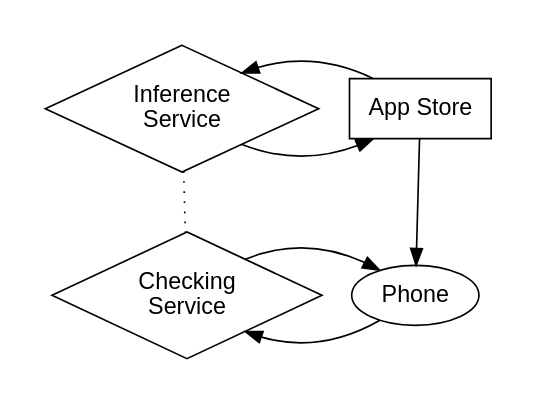
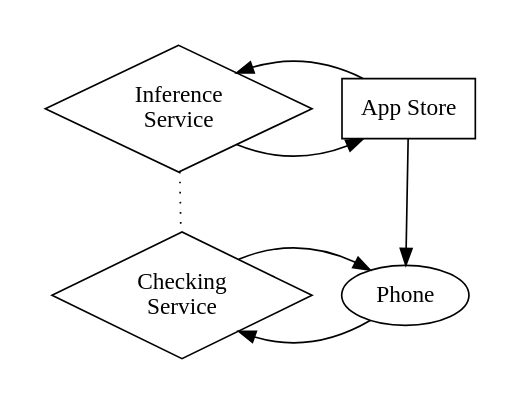
The diagram in img/digitalevidence.dot (bogwonch/first-year-report), drawn with Graphviz before and after one commit. The commit also changed 21 other files, not shown here.

```diff
--- a/img/digitalevidence.dot
+++ b/img/digitalevidence.dot
@@ -1,24 +1,24 @@
 digraph digitalevidence {
   overlap = false;
   splines = true;
 
   subgraph cluster_store {
     style=filled;
     color=white;
-    appStore      [label="App Store"         shape=box     fontname="Helvetica"]
-    phone         [label="Phone"             shape=oval    fontname="Helvetica"]
-    checker       [label="Checking\nService"  shape=diamond fontname="Helvetica"]
-    inferer       [label="Inference\nService" shape=diamond fontname="Helvetica"]
+    appStore      [label="App Store"         shape=box     fontname="LMSans10-Regular"]
+    phone         [label="Phone"             shape=oval    fontname="LMSans10-Regular"]
+    checker       [label="Checking\nService"  shape=diamond fontname="LMSans10-Regular"]
+    inferer       [label="Inference\nService" shape=diamond fontname="LMSans10-Regular"]
     
     {rank=same appStore inferer}
     {rank=same phone checker}
   }
 
   //companyPolicy -> appStore;
   inferer       -> appStore;
   appStore      -> inferer;
   appStore      -> phone;
   phone         -> checker;
   checker       -> phone;
   inferer       -> checker [style=dotted arrowhead=none];
 }
```
